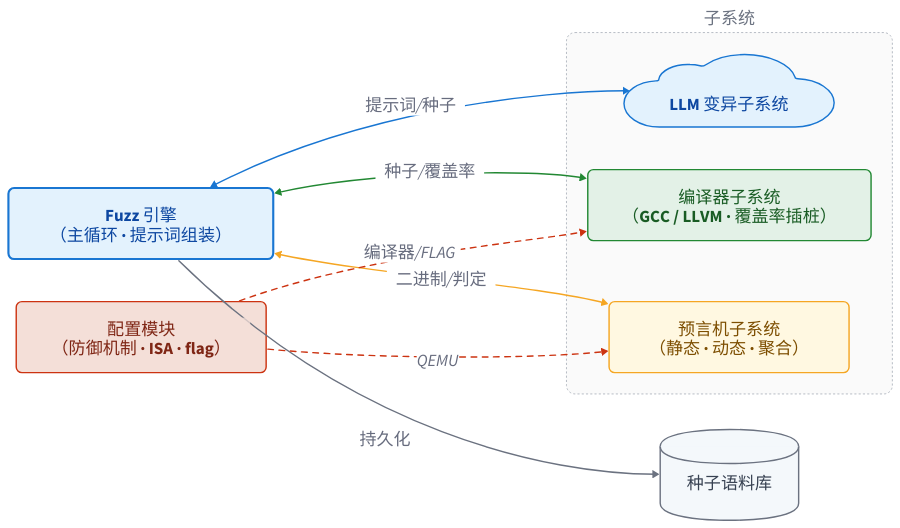
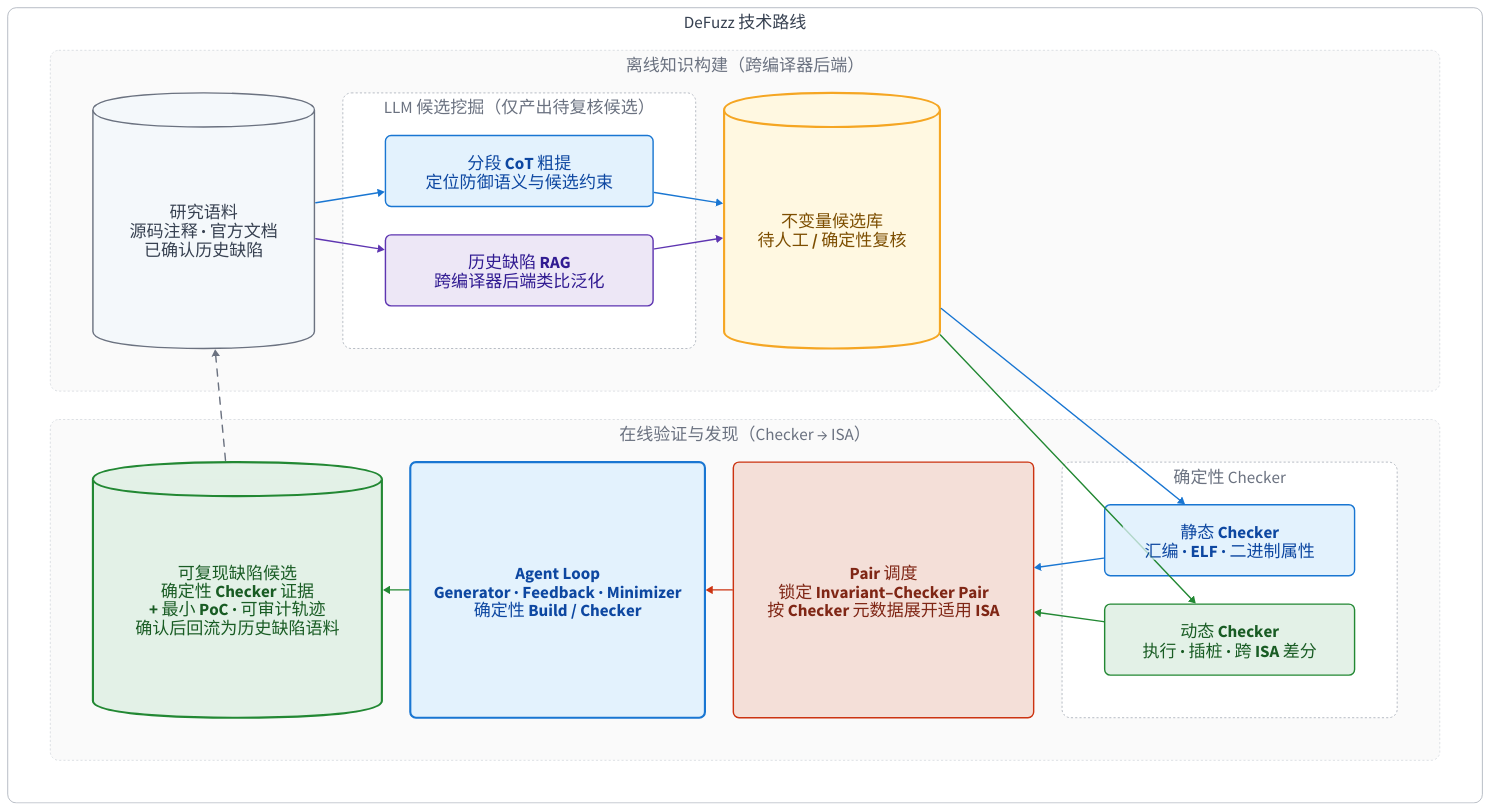
One commit to zjy-dev/de-fuzz changed the diagram in docs/开题报告/assets/ch4-route/architecture.zh.d2. Above: the diagram before and after it, drawn with D2. The commit also changed 21 other files, not shown here.

```diff
--- a/docs/开题报告/assets/ch4-route/architecture.zh.d2
+++ b/docs/开题报告/assets/ch4-route/architecture.zh.d2
@@ -1,80 +1,127 @@
 # 图 4 — DeFuzz 总体架构（中文版）
 # 渲染：d2 --layout=elk --pad=24 architecture.zh.d2 architecture.zh.svg
-# 节点收紧：仅保留 引擎 / 编译器 / 大模型 / 预言机 / 语料库 / 调度器 6 个核心模块。
 
-direction: right
+direction: down
 
-scheduler: "配置模块\n（防御机制 · ISA · flag）" {
+route: "DeFuzz 技术路线" {
+  grid-rows: 2
   style: {
-    fill: "#F4DFD8"; stroke: "#CC3311"; stroke-width: 2
-    font-color: "#7F2615"; border-radius: 8; font-size: 24
-  }
-}
-
-engine: "Fuzz 引擎\n（主循环 · 提示词组装）" {
-  style: {
-    fill: "#E3F2FD"; stroke: "#1976D2"; stroke-width: 3
-    font-color: "#0D47A1"; border-radius: 8; bold: true; font-size: 24
-  }
-}
-
-subsystems: "子系统" {
-  style: {
-    fill: "#FAFAFA"; stroke: "#9CA3AF"; stroke-width: 1
-    stroke-dash: 3; font-color: "#6B7280"; border-radius: 12; font-size: 24
+    fill: "#FFFFFF"; stroke: "#9CA3AF"; stroke-width: 1
+    font-color: "#374151"; border-radius: 12; font-size: 24
   }
 
-  llm: "LLM 变异子系统" {
-    shape: cloud
+  offline: "离线知识构建（跨编译器后端）" {
+    grid-columns: 3
     style: {
-      fill: "#E3F2FD"; stroke: "#1976D2"; stroke-width: 2
-      font-color: "#0D47A1"; bold: true; font-size: 24
+      fill: "#FAFAFA"; stroke: "#D1D5DB"; stroke-width: 1
+      stroke-dash: 3; font-color: "#6B7280"; border-radius: 12; font-size: 24
+    }
+
+    corpus: "研究语料\n源码注释 · 官方文档\n已确认历史缺陷" {
+      shape: cylinder
+      style: {
+        fill: "#F4F8FB"; stroke: "#6B7280"; stroke-width: 2
+        font-color: "#374151"; bold: true; font-size: 24
+      }
+    }
+
+    mining: "LLM 候选挖掘（仅产出待复核候选）" {
+      grid-rows: 2
+      style: {
+        fill: "#FFFFFF"; stroke: "#9CA3AF"; stroke-width: 1
+        stroke-dash: 3; font-color: "#6B7280"; border-radius: 12; font-size: 24
+      }
+
+      cot: "分段 CoT 粗提\n定位防御语义与候选约束" {
+        style: {
+          fill: "#E3F2FD"; stroke: "#1976D2"; stroke-width: 2
+          font-color: "#0D47A1"; border-radius: 8; font-size: 24
+        }
+      }
+
+      rag: "历史缺陷 RAG\n跨编译器后端类比泛化" {
+        style: {
+          fill: "#EDE7F6"; stroke: "#5E35B1"; stroke-width: 2
+          font-color: "#311B92"; border-radius: 8; font-size: 24
+        }
+      }
+    }
+
+    library: "不变量候选库\n待人工 / 确定性复核" {
+      shape: cylinder
+      style: {
+        fill: "#FFF8E1"; stroke: "#F5A623"; stroke-width: 3
+        font-color: "#7D4E00"; bold: true; font-size: 24
+      }
     }
   }
 
-  compiler: "编译器子系统\n（GCC / LLVM · 覆盖率插桩）" {
+  # 反向排列形成蛇形两行：候选库向下进入 Checker，再由右向左完成在线闭环。
+  online: "在线验证与发现（Checker → ISA）" {
+    grid-columns: 4
     style: {
-      fill: "#E3F1E7"; stroke: "#228833"; stroke-width: 2
-      font-color: "#195C24"; border-radius: 8; font-size: 24
+      fill: "#FAFAFA"; stroke: "#D1D5DB"; stroke-width: 1
+      stroke-dash: 3; font-color: "#6B7280"; border-radius: 12; font-size: 24
+    }
+
+    findings: "可复现缺陷候选\n确定性 Checker 证据\n+ 最小 PoC · 可审计轨迹\n确认后回流为历史缺陷语料" {
+      shape: cylinder
+      style: {
+        fill: "#E3F1E7"; stroke: "#228833"; stroke-width: 3
+        font-color: "#195C24"; bold: true; font-size: 24
+      }
+    }
+
+    agent_loop: "Agent Loop\nGenerator · Feedback · Minimizer\n确定性 Build / Checker" {
+      style: {
+        fill: "#E3F2FD"; stroke: "#1976D2"; stroke-width: 3
+        font-color: "#0D47A1"; border-radius: 8; bold: true; font-size: 24
+      }
+    }
+
+    scheduler: "Pair 调度\n锁定 Invariant–Checker Pair\n按 Checker 元数据展开适用 ISA" {
+      style: {
+        fill: "#F4DFD8"; stroke: "#CC3311"; stroke-width: 2
+        font-color: "#7F2615"; border-radius: 8; font-size: 24
+      }
+    }
+
+    checkers: "确定性 Checker" {
+      grid-rows: 2
+      style: {
+        fill: "#FFFFFF"; stroke: "#9CA3AF"; stroke-width: 1
+        stroke-dash: 3; font-color: "#6B7280"; border-radius: 12; font-size: 24
+      }
+
+      static: "静态 Checker\n汇编 · ELF · 二进制属性" {
+        style: {
+          fill: "#E3F2FD"; stroke: "#1976D2"; stroke-width: 2
+          font-color: "#0D47A1"; border-radius: 8; font-size: 24
+        }
+      }
+
+      dynamic: "动态 Checker\n执行 · 插桩 · 跨 ISA 差分" {
+        style: {
+          fill: "#E3F1E7"; stroke: "#228833"; stroke-width: 2
+          font-color: "#195C24"; border-radius: 8; font-size: 24
+        }
+      }
     }
   }
 
-  oracle: "预言机子系统\n（静态 · 动态 · 聚合）" {
-    style: {
-      fill: "#FFF8E1"; stroke: "#F5A623"; stroke-width: 2
-      font-color: "#7D4E00"; border-radius: 8; font-size: 24
-    }
+  offline.corpus -> offline.mining.cot: { style: { stroke: "#1976D2"; stroke-width: 2 } }
+  offline.corpus -> offline.mining.rag: { style: { stroke: "#5E35B1"; stroke-width: 2 } }
+  offline.mining.cot -> offline.library: { style: { stroke: "#1976D2"; stroke-width: 2 } }
+  offline.mining.rag -> offline.library: { style: { stroke: "#5E35B1"; stroke-width: 2 } }
+
+  offline.library -> online.checkers.static: { style: { stroke: "#1976D2"; stroke-width: 2 } }
+  offline.library -> online.checkers.dynamic: { style: { stroke: "#228833"; stroke-width: 2 } }
+  online.checkers.static -> online.scheduler: { style: { stroke: "#1976D2"; stroke-width: 2 } }
+  online.checkers.dynamic -> online.scheduler: { style: { stroke: "#228833"; stroke-width: 2 } }
+  online.scheduler -> online.agent_loop: { style: { stroke: "#CC3311"; stroke-width: 2 } }
+  online.agent_loop -> online.findings: { style: { stroke: "#228833"; stroke-width: 2 } }
+
+  online.findings -> offline.corpus: {
+    style: { stroke: "#6B7280"; stroke-width: 2; stroke-dash: 5 }
   }
 }
-
-corpus: "种子语料库" {
-  shape: cylinder
-  style: {
-    fill: "#F4F8FB"; stroke: "#6B7280"; stroke-width: 2
-    font-color: "#374151"; bold: true; font-size: 24
-  }
-}
-
-# 主数据流：引擎与三大子系统双向交互
-engine <-> subsystems.llm: "提示词/种子" {
-  style: { stroke: "#1976D2"; stroke-width: 2; font-size: 24 }
-}
-engine <-> subsystems.compiler: "种子/覆盖率" {
-  style: { stroke: "#228833"; stroke-width: 2; font-size: 24 }
-}
-engine <-> subsystems.oracle: "二进制/判定" {
-  style: { stroke: "#F5A623"; stroke-width: 2; font-size: 24 }
-}
-
-# 持久化
-engine -> corpus: "持久化" {
-  style: { stroke: "#6B7280"; stroke-width: 2; font-size: 24 }
-}
-
-# 配置注入（控制平面，虚线区分）
-scheduler -> subsystems.compiler: "编译器/FLAG" {
-  style: { stroke: "#CC3311"; stroke-width: 2; stroke-dash: 4; font-size: 24 }
-}
-scheduler -> subsystems.oracle: "QEMU" {
-  style: { stroke: "#CC3311"; stroke-width: 2; stroke-dash: 4; font-size: 24 }
-}
```
